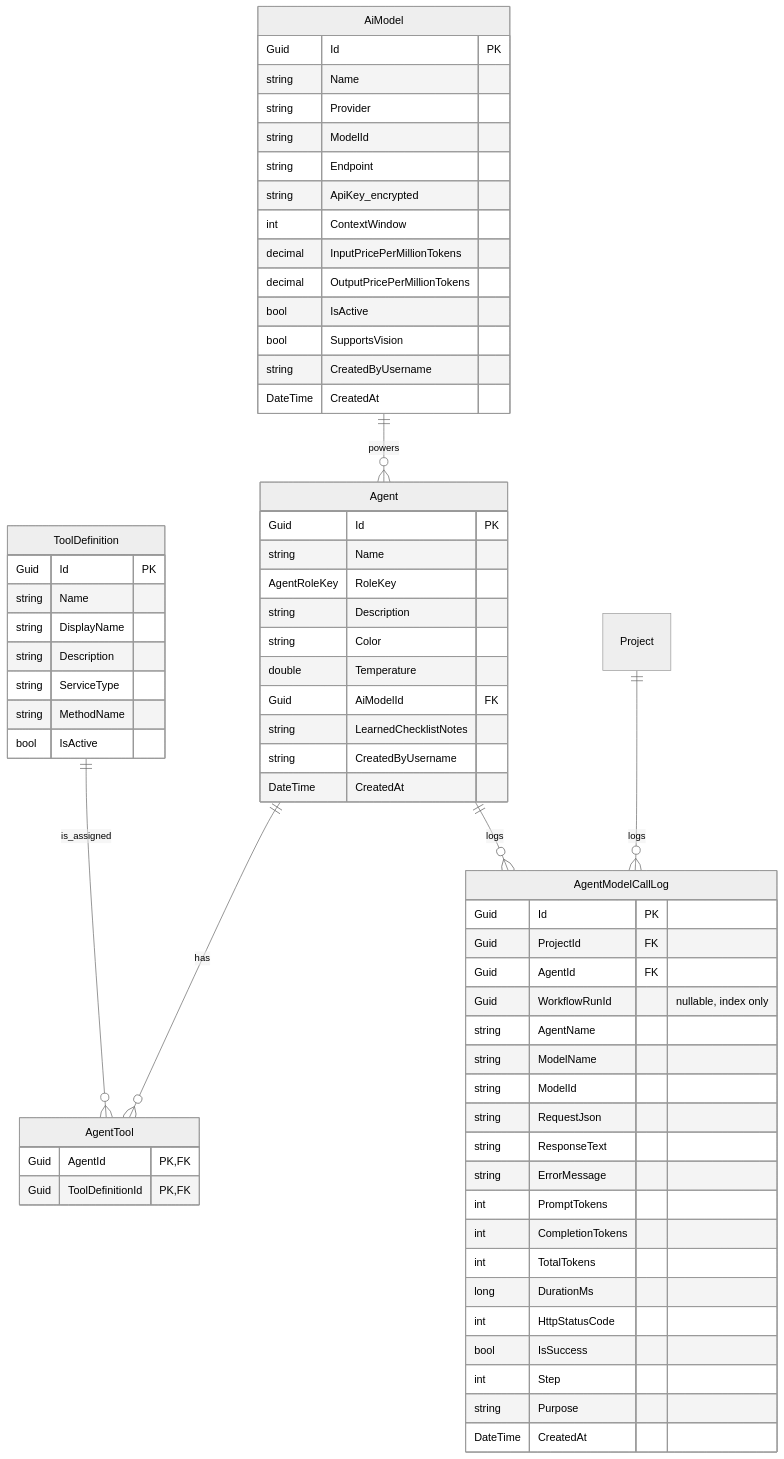
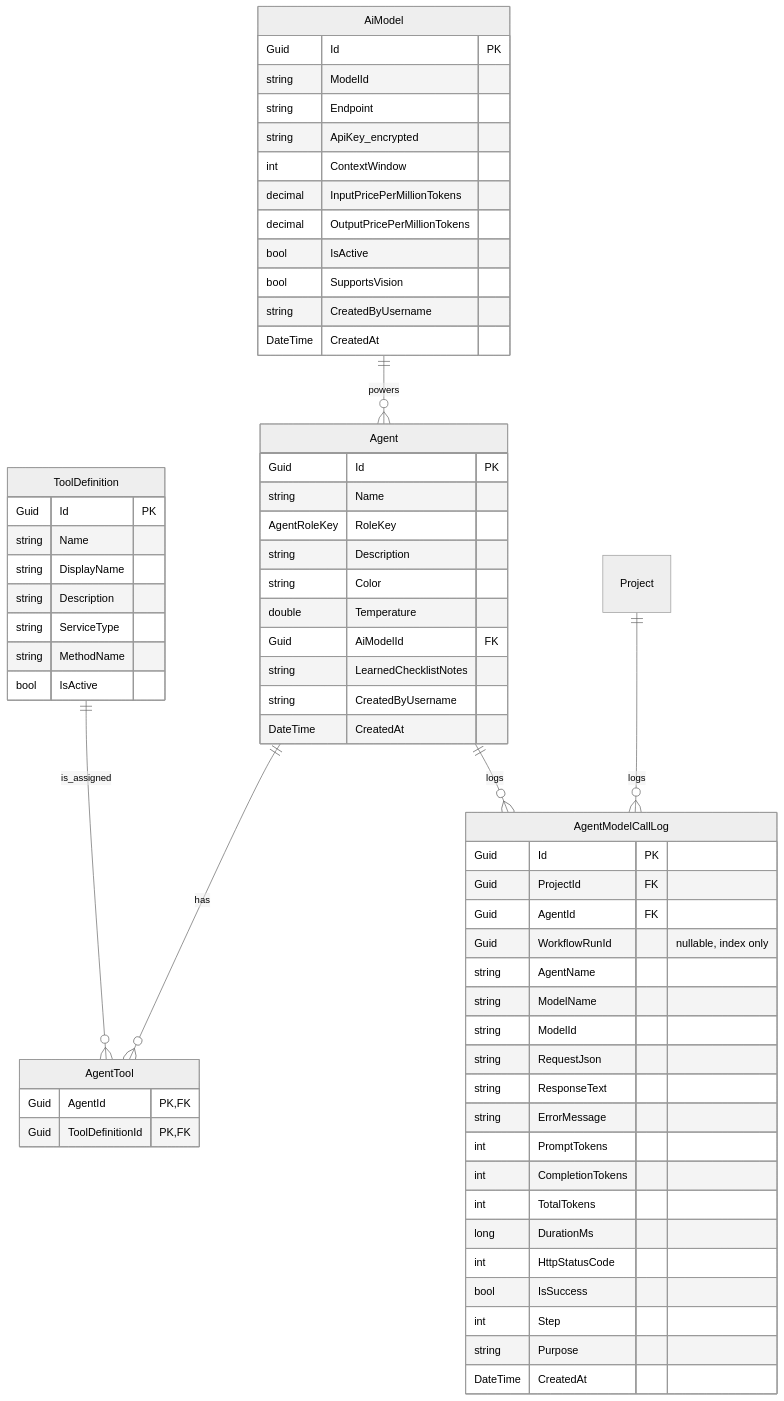
One commit to Songlong0506/ICOGenerator-v4 changed the sixth of 10 diagrams in docs/DatabaseDesign.md. Above: the diagram before and after it, drawn with Mermaid (neutral theme). The commit also changed 25 other files, not shown here.

````diff
--- a/docs/DatabaseDesign.md
+++ b/docs/DatabaseDesign.md
@@ -204,74 +204,72 @@
 ```mermaid
 erDiagram
     AiModel {
         Guid Id PK
-        string Name
-        string Provider
         string ModelId
         string Endpoint
         string ApiKey_encrypted
         int ContextWindow
         decimal InputPricePerMillionTokens
         decimal OutputPricePerMillionTokens
         bool IsActive
         bool SupportsVision
         string CreatedByUsername
         DateTime CreatedAt
     }
 
     Agent {
         Guid Id PK
         string Name
         AgentRoleKey RoleKey
         string Description
         string Color
         double Temperature
         Guid AiModelId FK
         string LearnedChecklistNotes
         string CreatedByUsername
         DateTime CreatedAt
     }
 
     ToolDefinition {
         Guid Id PK
         string Name
         string DisplayName
         string Description
         string ServiceType
         string MethodName
         bool IsActive
     }
 
     AgentTool {
         Guid AgentId PK, FK
         Guid ToolDefinitionId PK, FK
     }
 
     AgentModelCallLog {
         Guid Id PK
         Guid ProjectId FK
         Guid AgentId FK
         Guid WorkflowRunId "nullable, index only"
         string AgentName
         string ModelName
         string ModelId
         string RequestJson
         string ResponseText
         string ErrorMessage
         int PromptTokens
         int CompletionTokens
         int TotalTokens
         long DurationMs
         int HttpStatusCode
         bool IsSuccess
         int Step
         string Purpose
         DateTime CreatedAt
     }
 
     AiModel ||--o{ Agent : powers
     Agent ||--o{ AgentTool : has
     ToolDefinition ||--o{ AgentTool : is_assigned
     Project ||--o{ AgentModelCallLog : logs
     Agent ||--o{ AgentModelCallLog : logs
 ```
````
